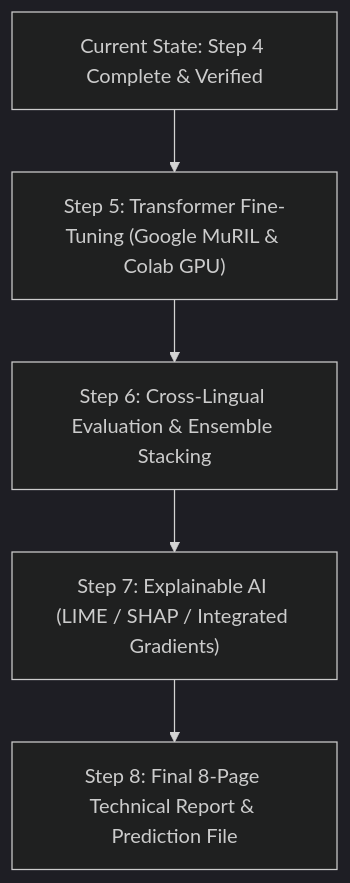
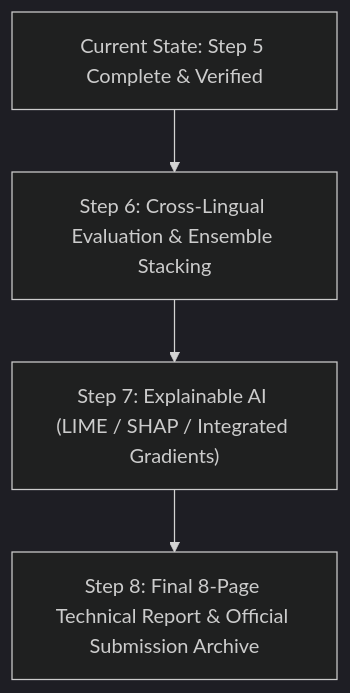
The third of 3 diagrams in report/Detailed_Step_by_Step_Report.md (Tanmay-700/indic-stance-detection), drawn with Mermaid (dark theme) before and after one commit. The commit also changed other lines of this file, not shown here.

Commit message:
Update technical report with Step 5 Google MuRIL transformer details

````diff
--- a/report/Detailed_Step_by_Step_Report.md
+++ b/report/Detailed_Step_by_Step_Report.md
@@ -339,7 +384,6 @@
 ```mermaid
 flowchart TD
-    Current["Current State: Step 4 Complete & Verified"] --> S5["Step 5: Transformer Fine-Tuning (Google MuRIL & Colab GPU)"]
-    S5 --> S6["Step 6: Cross-Lingual Evaluation & Ensemble Stacking"]
+    Current["Current State: Step 5 Complete & Verified"] --> S6["Step 6: Cross-Lingual Evaluation & Ensemble Stacking"]
     S6 --> S7["Step 7: Explainable AI (LIME / SHAP / Integrated Gradients)"]
-    S7 --> S8["Step 8: Final 8-Page Technical Report & Prediction File"]
+    S7 --> S8["Step 8: Final 8-Page Technical Report & Official Submission Archive"]
 ```
````
